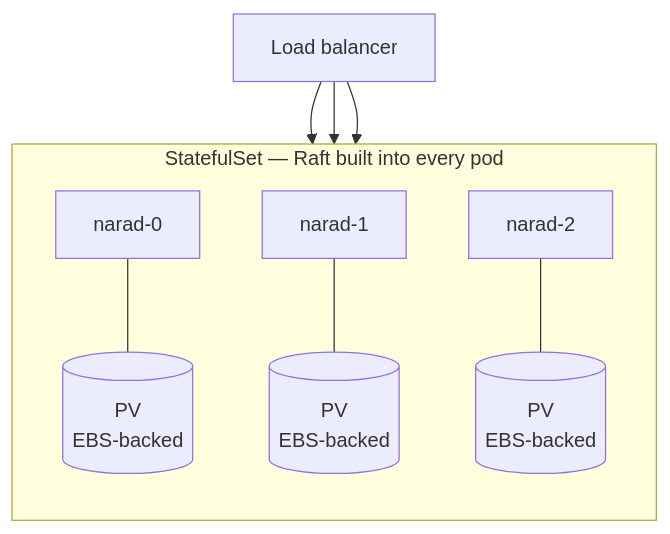
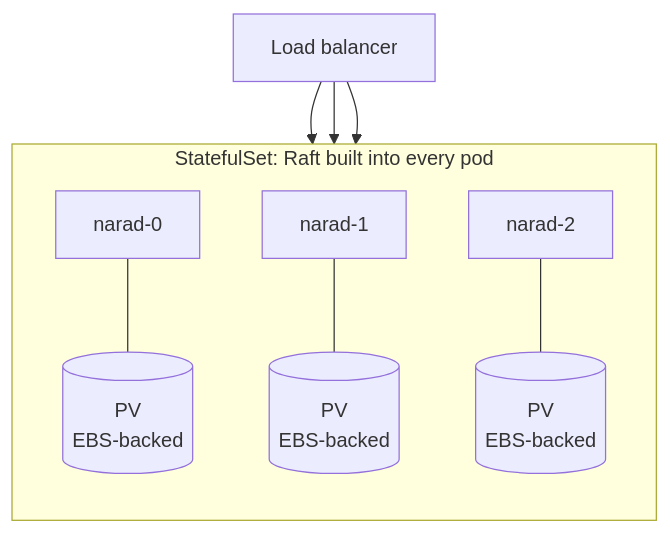
Before and after one commit to DebanganThakuria/narad: the fourth of 4 diagrams in docs/index.md, drawn with Mermaid. The commit also changed other lines of this file and 26 other files, not shown here.

````diff
--- a/docs/index.md
+++ b/docs/index.md
@@ -98,11 +98,11 @@
 ```mermaid
 flowchart TB
     LB[Load balancer]
-    subgraph ss["StatefulSet — Raft built into every pod"]
+    subgraph ss["StatefulSet: Raft built into every pod"]
         direction TB
         N0[narad-0] --- V0[("PV<br/>EBS-backed")]
         N1[narad-1] --- V1[("PV<br/>EBS-backed")]
         N2[narad-2] --- V2[("PV<br/>EBS-backed")]
     end
     LB --> N0 & N1 & N2
 ```
````
